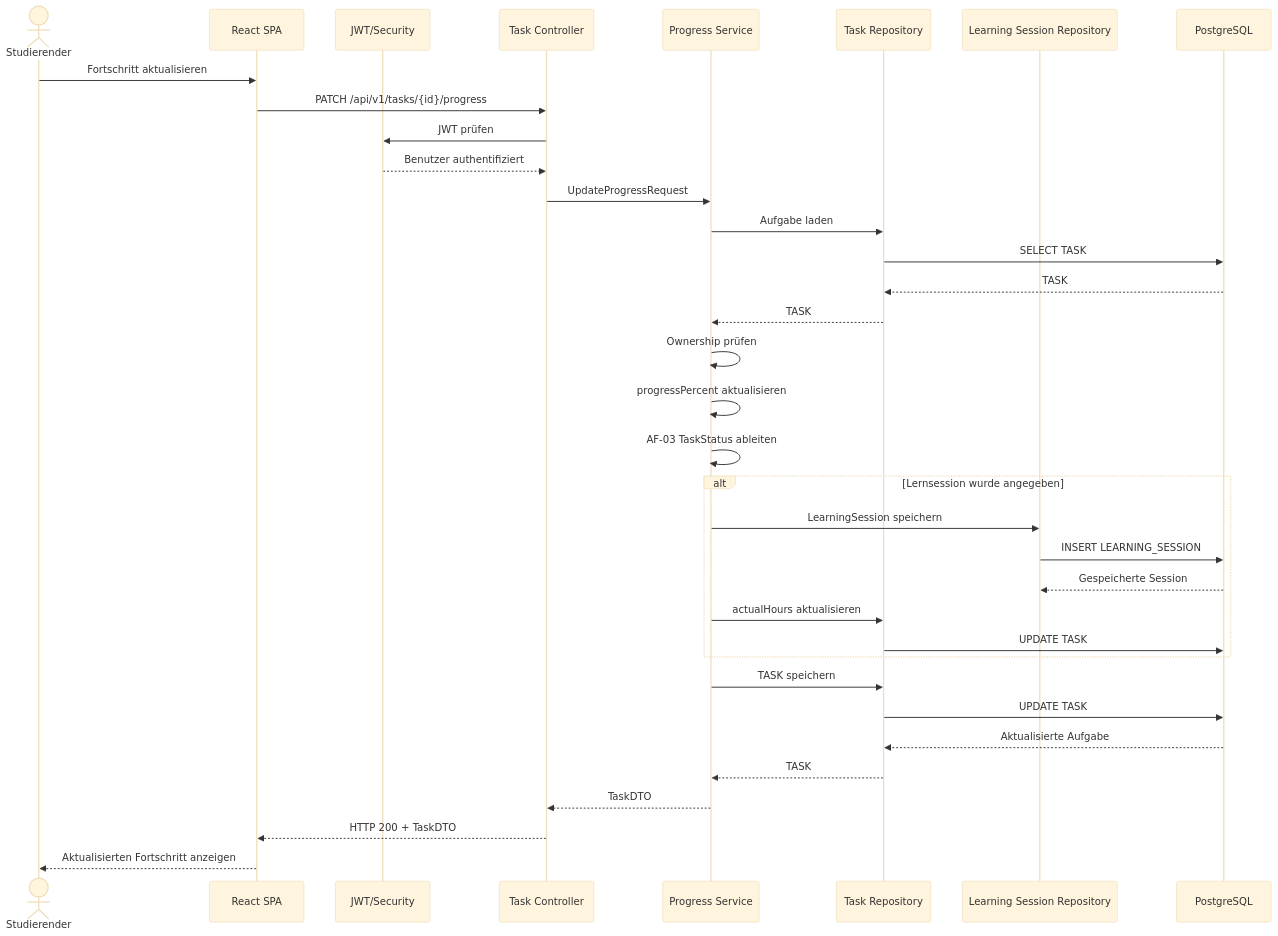
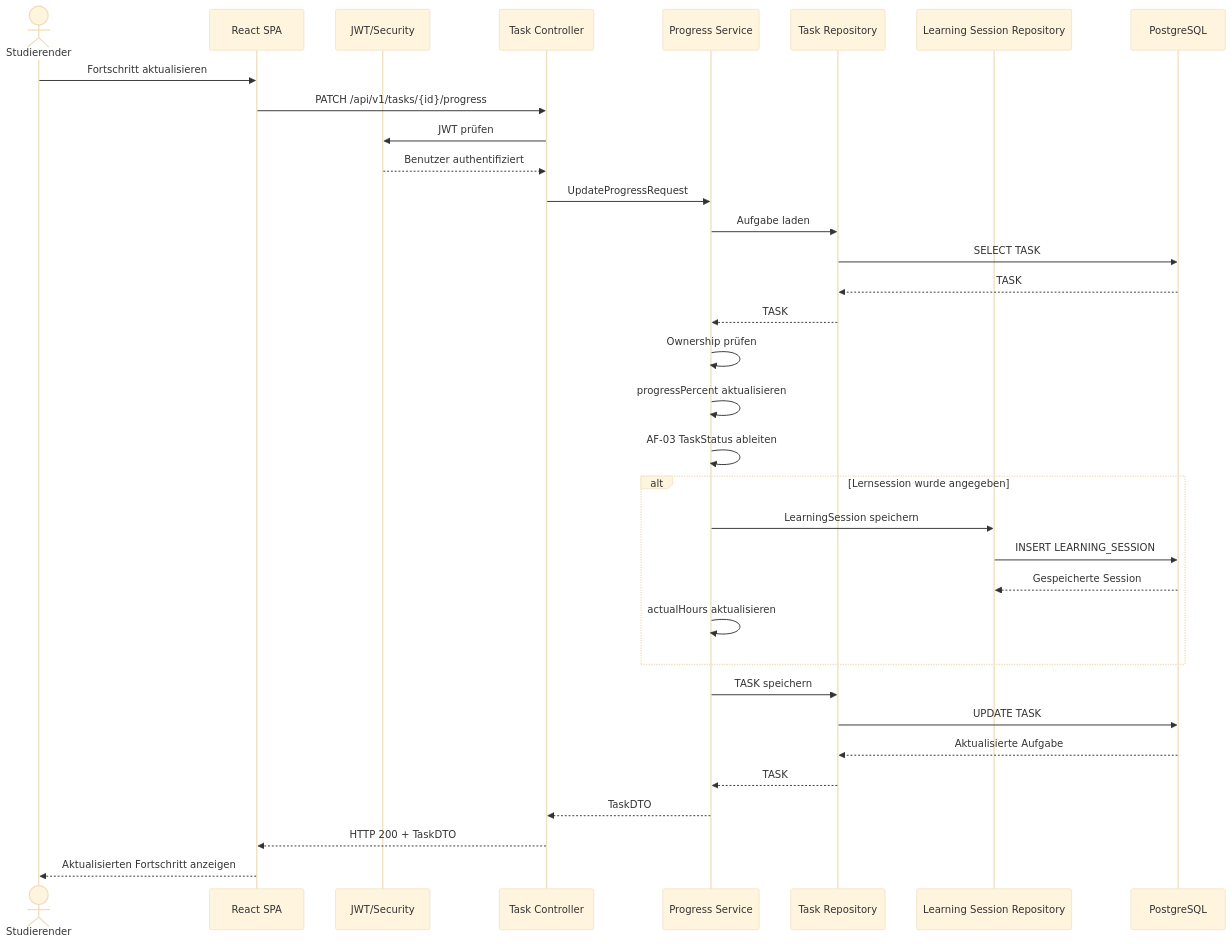
The fourth of 5 diagrams in arch/06-laufzeitsicht.md (nura203/wk1106-wirtschaftsinformatik-projekt-1), drawn with Mermaid (base theme) before and after one commit. The commit also changed other lines of this file, not shown here.

````diff
--- a/arch/06-laufzeitsicht.md
+++ b/arch/06-laufzeitsicht.md
@@ -136,40 +153,39 @@
 ```mermaid
 sequenceDiagram
     actor Nutzer as Studierender
     participant Frontend as React SPA
     participant Security as JWT/Security
     participant Controller as Task Controller
     participant Service as Progress Service
     participant TaskRepo as Task Repository
     participant SessionRepo as Learning Session Repository
     participant DB as PostgreSQL
 
     Nutzer->>Frontend: Fortschritt aktualisieren
     Frontend->>Controller: PATCH /api/v1/tasks/{id}/progress
     Controller->>Security: JWT prüfen
     Security-->>Controller: Benutzer authentifiziert
     Controller->>Service: UpdateProgressRequest
     Service->>TaskRepo: Aufgabe laden
     TaskRepo->>DB: SELECT TASK
     DB-->>TaskRepo: TASK
     TaskRepo-->>Service: TASK
     Service->>Service: Ownership prüfen
     Service->>Service: progressPercent aktualisieren
-    Service->>Service: AF-03 TaskStatus ableiten
+Service->>Service: AF-03 TaskStatus ableiten
 
-    alt Lernsession wurde angegeben
-        Service->>SessionRepo: LearningSession speichern
-        SessionRepo->>DB: INSERT LEARNING_SESSION
-        DB-->>SessionRepo: Gespeicherte Session
-        Service->>TaskRepo: actualHours aktualisieren
-        TaskRepo->>DB: UPDATE TASK
-    end
+alt Lernsession wurde angegeben
+    Service->>SessionRepo: LearningSession speichern
+    SessionRepo->>DB: INSERT LEARNING_SESSION
+    DB-->>SessionRepo: Gespeicherte Session
+    Service->>Service: actualHours aktualisieren
+end
 
-    Service->>TaskRepo: TASK speichern
-    TaskRepo->>DB: UPDATE TASK
-    DB-->>TaskRepo: Aktualisierte Aufgabe
-    TaskRepo-->>Service: TASK
+Service->>TaskRepo: TASK speichern
+TaskRepo->>DB: UPDATE TASK
+DB-->>TaskRepo: Aktualisierte Aufgabe
+TaskRepo-->>Service: TASK
     Service-->>Controller: TaskDTO
     Controller-->>Frontend: HTTP 200 + TaskDTO
     Frontend-->>Nutzer: Aktualisierten Fortschritt anzeigen
 ```
````
